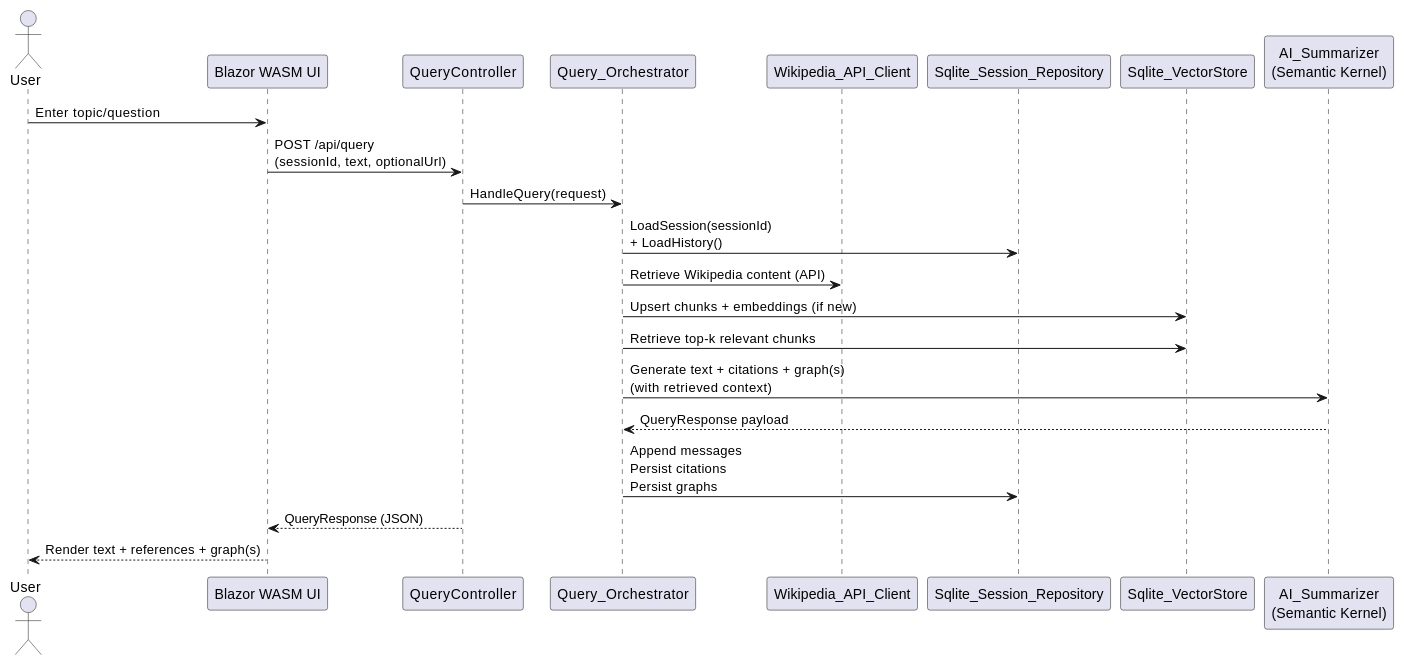
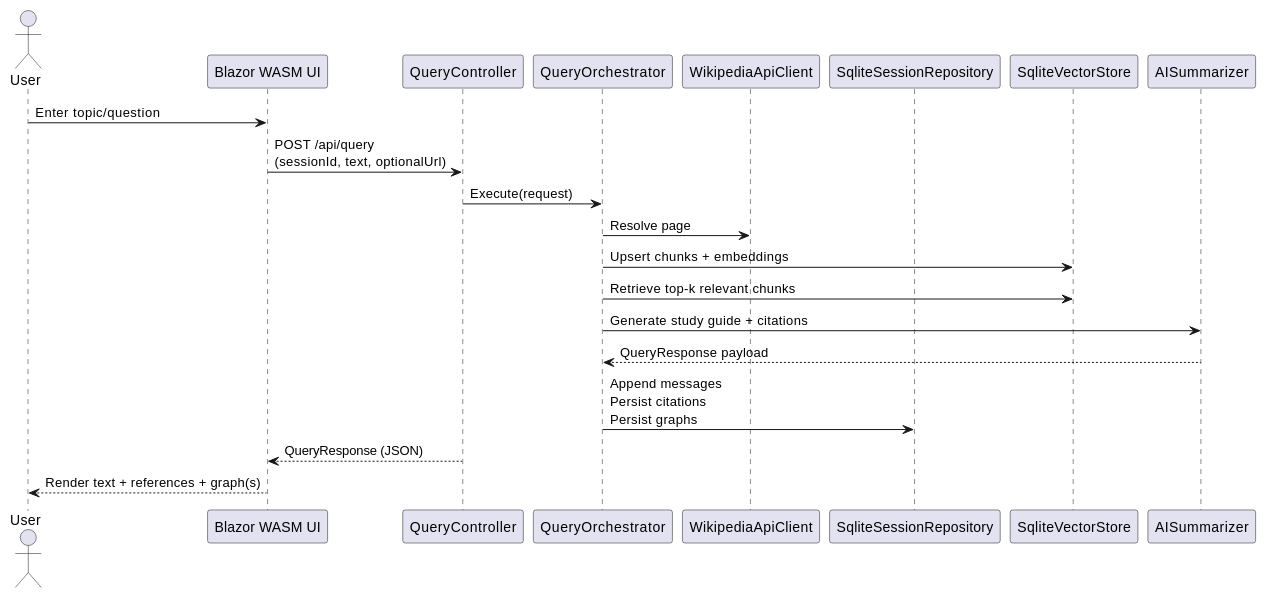
The second of 4 diagrams in README.md (Pedro-B-Amon/Blazor-Development), drawn with PlantUML before and after one commit. The commit also changed other lines of this file and 56 other files, not shown here.

````diff
--- a/README.md
+++ b/README.md
@@ -146,29 +156,26 @@
 ```plantuml
 @startuml
 actor User
 participant "Blazor WASM UI" as UI
 participant "QueryController" as QC
-participant "Query_Orchestrator" as QO
-participant "Wikipedia_API_Client" as WC
-participant "Sqlite_Session_Repository" as SR
-participant "Sqlite_VectorStore" as VS
-participant "AI_Summarizer\n(Semantic Kernel)" as SK
+participant "QueryOrchestrator" as QO
+participant "WikipediaApiClient" as WC
+participant "SqliteSessionRepository" as SR
+participant "SqliteVectorStore" as VS
+participant "AISummarizer" as SK
 
 User -> UI : Enter topic/question
 UI -> QC : POST /api/query\n(sessionId, text, optionalUrl)
-QC -> QO : HandleQuery(request)
-
-QO -> SR : LoadSession(sessionId)\n+ LoadHistory()
-QO -> WC : Retrieve Wikipedia content (API)
-QO -> VS : Upsert chunks + embeddings (if new)
+QC -> QO : Execute(request)
+QO -> WC : Resolve page
+QO -> VS : Upsert chunks + embeddings
 QO -> VS : Retrieve top-k relevant chunks
-QO -> SK : Generate text + citations + graph(s)\n(with retrieved context)
-
+QO -> SK : Generate study guide + citations
 SK --> QO : QueryResponse payload
 QO -> SR : Append messages\nPersist citations\nPersist graphs
 
 QC --> UI : QueryResponse (JSON)
 UI --> User : Render text + references + graph(s)
 
 @enduml
 ```
````
